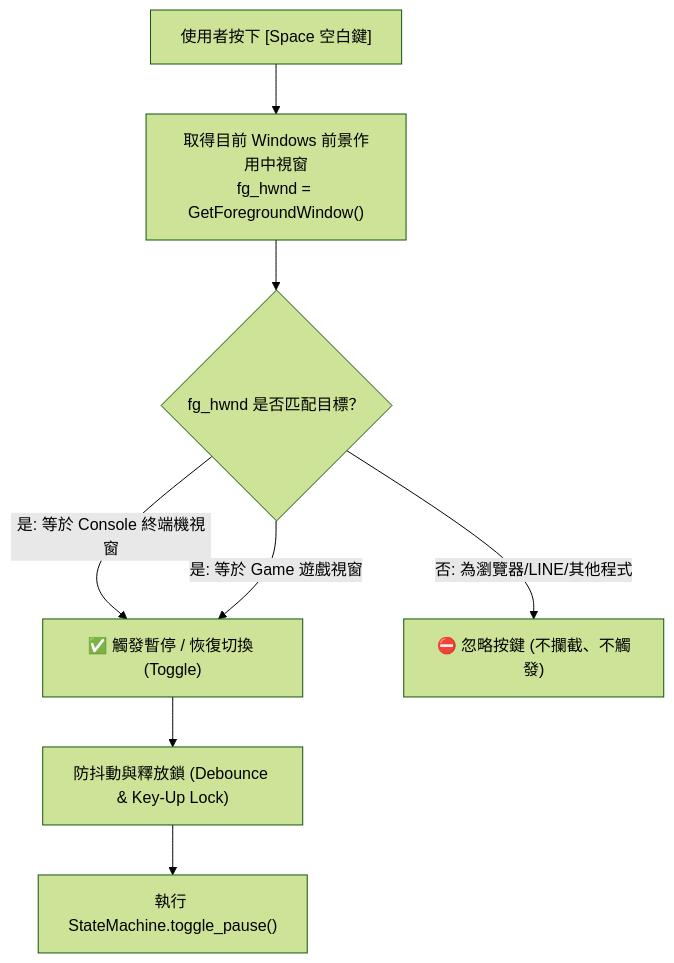
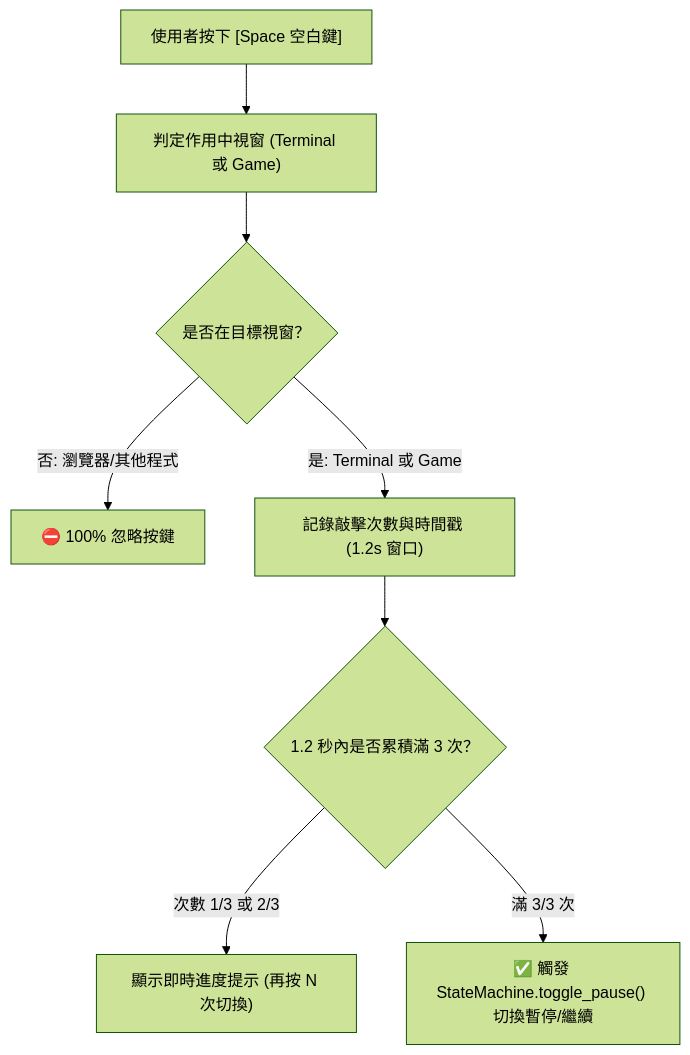
The second of 3 diagrams in docs/pause_resume_control_spec.md (alu98753/Blackfire-CV-Autopilot), drawn with Mermaid (forest theme) before and after one commit. The commit also changed other lines of this file and 5 other files, not shown here.

````diff
--- a/docs/pause_resume_control_spec.md
+++ b/docs/pause_resume_control_spec.md
@@ -44,12 +44,12 @@
 ```mermaid
 graph TD
-    Key["使用者按下 [Space 空白鍵]"] --> FG["取得目前 Windows 前景作用中視窗<br>fg_hwnd = GetForegroundWindow()"]
+    Key["使用者按下 [Space 空白鍵]"] --> FG["判定作用中視窗 (Terminal 或 Game)"]
     
-    FG --> Check{"fg_hwnd 是否匹配目標？"}
-    Check -->|是: 等於 Console 終端機視窗| Trigger["✅ 觸發暫停 / 恢復切換 (Toggle)"]
-    Check -->|是: 等於 Game 遊戲視窗| Trigger
-    Check -->|否: 為瀏覽器/LINE/其他程式| Ignore["⛔ 忽略按鍵 (不攔截、不觸發)"]
+    FG --> Check{"是否在目標視窗？"}
+    Check -->|否: 瀏覽器/其他程式| Ignore["⛔ 100% 忽略按鍵"]
+    Check -->|是: Terminal 或 Game| Tap["記錄敲擊次數與時間戳 (1.2s 窗口)"]
     
-    Trigger --> Lock["防抖動與釋放鎖 (Debounce & Key-Up Lock)"]
-    Lock --> Exec["執行 StateMachine.toggle_pause()"]
+    Tap --> CountCheck{"1.2 秒內是否累積滿 3 次？"}
+    CountCheck -->|次數 1/3 或 2/3| Prompt["顯示即時進度提示 (再按 N 次切換)"]
+    CountCheck -->|滿 3/3 次| Trigger["✅ 觸發 StateMachine.toggle_pause() 切換暫停/繼續"]
 ```
````
